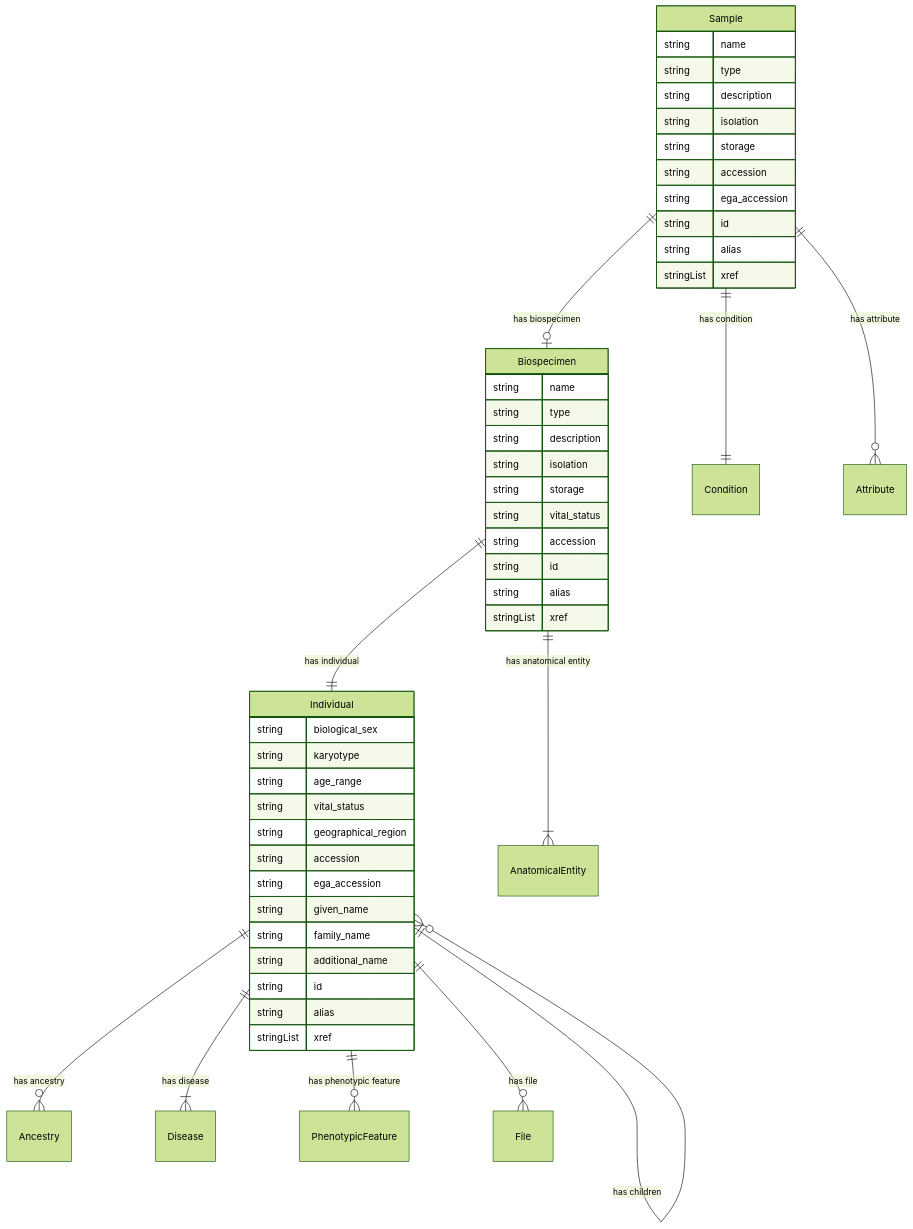
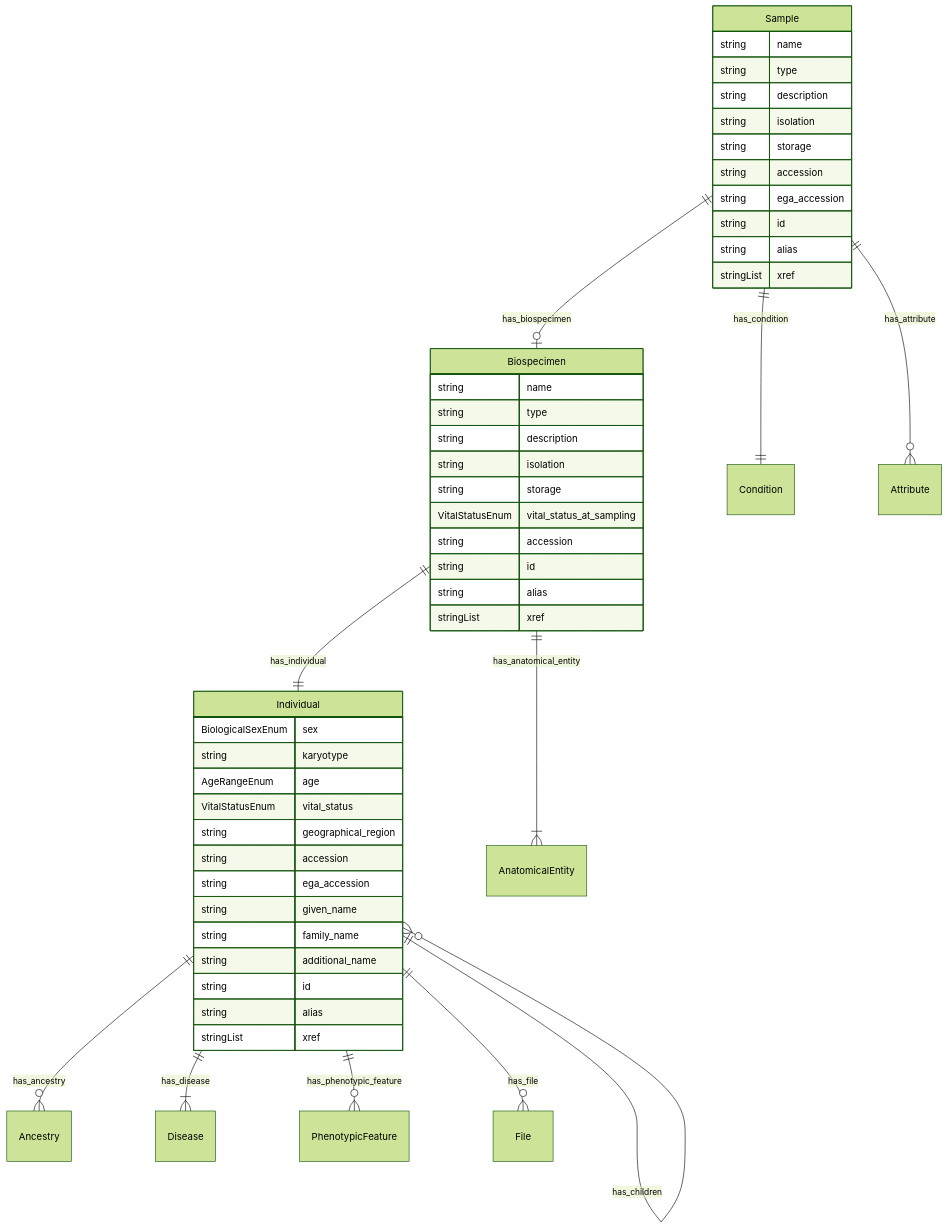
Before and after one commit to ghga-de/ghga-metadata-schema: the fifth of 7 diagrams in docs/entity_relations.md, drawn with Mermaid (forest theme). The commit also changed other lines of this file and 541 other files, not shown here.

````diff
--- a/docs/entity_relations.md
+++ b/docs/entity_relations.md
@@ -241,55 +241,55 @@
 ```mermaid
 erDiagram
 Individual {
-    string biological_sex
+    BiologicalSexEnum sex  
     string karyotype  
-    string age_range
-    string vital_status
+    AgeRangeEnum age  
+    VitalStatusEnum vital_status  
     string geographical_region  
     string accession  
     string ega_accession  
     string given_name  
     string family_name  
     string additional_name  
     string id  
     string alias  
     stringList xref  
 }
 Biospecimen {
     string name  
     string type  
     string description  
     string isolation  
     string storage  
-    string vital_status
+    VitalStatusEnum vital_status_at_sampling  
     string accession  
     string id  
     string alias  
     stringList xref  
 }
 Sample {
     string name  
     string type  
     string description  
     string isolation  
     string storage  
     string accession  
     string ega_accession  
     string id  
     string alias  
     stringList xref  
 }
 
-Individual ||--}o Ancestry : "has ancestry"
-Individual ||--}o Individual : "has parent"
-Individual ||--}o Individual : "has children"
-Individual ||--}| Disease : "has disease"
-Individual ||--}o PhenotypicFeature : "has phenotypic feature"
-Individual ||--}o File : "has file"
-Biospecimen ||--|| Individual : "has individual"
-Biospecimen ||--}| AnatomicalEntity : "has anatomical entity"
-Sample ||--|o Biospecimen : "has biospecimen"
-Sample ||--|| Condition : "has condition"
-Sample ||--}o Attribute : "has attribute"
+Individual ||--}o Ancestry : "has_ancestry"
+Individual ||--}o Individual : "has_parent"
+Individual ||--}o Individual : "has_children"
+Individual ||--}| Disease : "has_disease"
+Individual ||--}o PhenotypicFeature : "has_phenotypic_feature"
+Individual ||--}o File : "has_file"
+Biospecimen ||--|| Individual : "has_individual"
+Biospecimen ||--}| AnatomicalEntity : "has_anatomical_entity"
+Sample ||--|o Biospecimen : "has_biospecimen"
+Sample ||--|| Condition : "has_condition"
+Sample ||--}o Attribute : "has_attribute"
 
 ```
````
